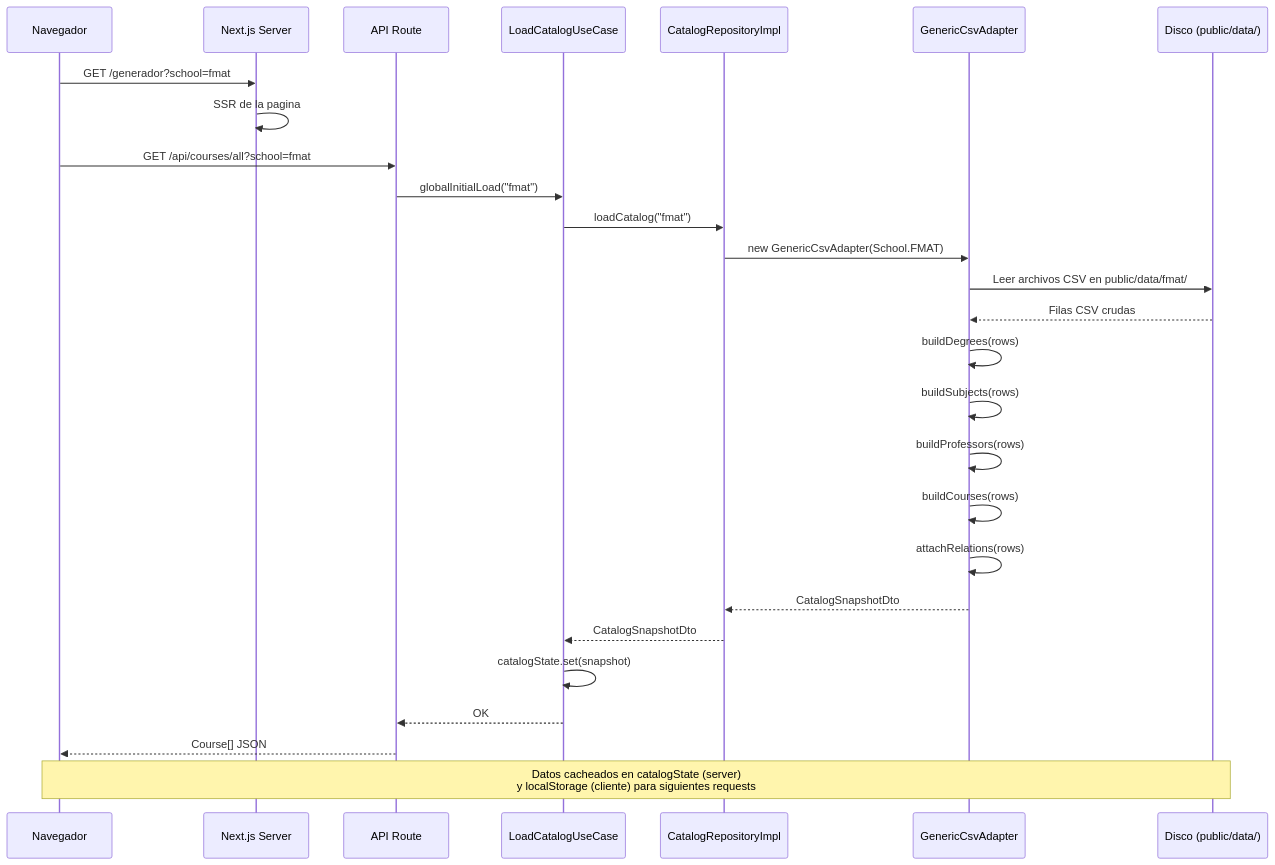
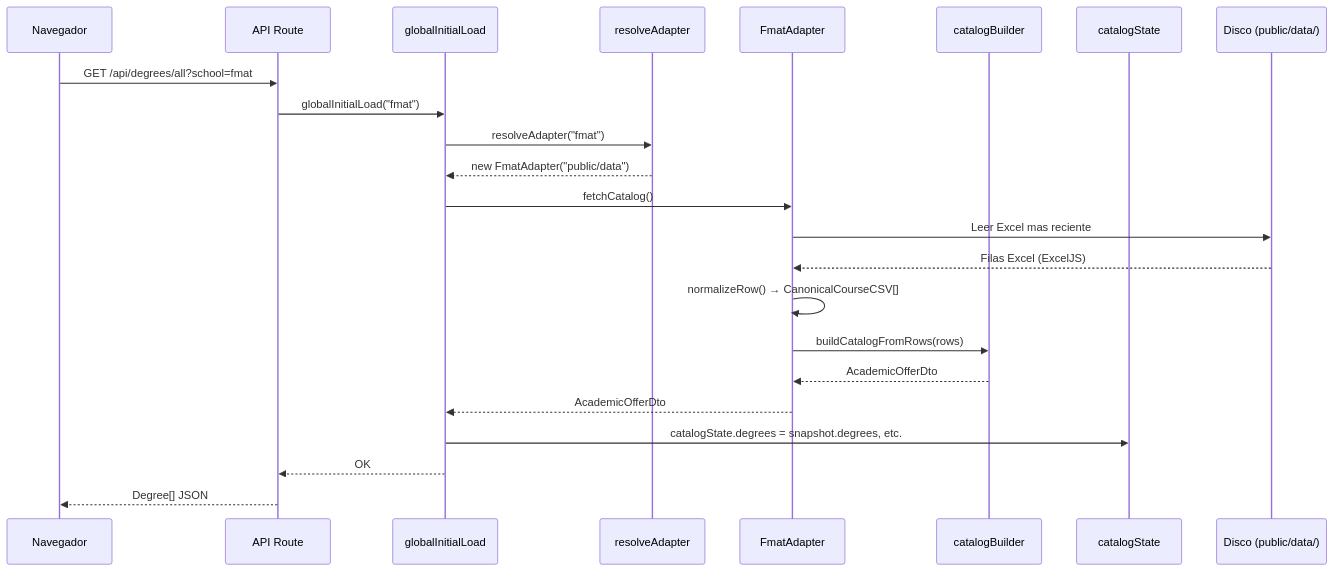
Diagram 14 of 22 in docs/architecture.md (KiinMx/Kiin), drawn with Mermaid before and after one commit. The commit also changed other lines of this file and 9 other files, not shown here.

First line of the commit message:
feat: Refactor initial load process and introduce FmatAdapter for Excel data handling

````diff
--- a/docs/architecture.md
+++ b/docs/architecture.md
@@ -429,33 +542,26 @@
 ```mermaid
 sequenceDiagram
     participant Browser as Navegador
-    participant Next as Next.js Server
     participant API as API Route
-    participant UC as LoadCatalogUseCase
-    participant Repo as CatalogRepositoryImpl
-    participant Adapter as GenericCsvAdapter
+    participant GIL as globalInitialLoad
+    participant Factory as resolveAdapter
+    participant Adapter as FmatAdapter
+    participant CB as catalogBuilder
+    participant State as catalogState
     participant FS as Disco (public/data/)
 
-    Browser->>Next: GET /generador?school=fmat
-    Next->>Next: SSR de la pagina
-    Browser->>API: GET /api/courses/all?school=fmat
-    API->>UC: globalInitialLoad("fmat")
-    UC->>Repo: loadCatalog("fmat")
-    Repo->>Adapter: new GenericCsvAdapter(School.FMAT)
-    Adapter->>FS: Leer archivos CSV en public/data/fmat/
-    FS-->>Adapter: Filas CSV crudas
-
-    Adapter->>Adapter: buildDegrees(rows)
-    Adapter->>Adapter: buildSubjects(rows)
-    Adapter->>Adapter: buildProfessors(rows)
-    Adapter->>Adapter: buildCourses(rows)
-    Adapter->>Adapter: attachRelations(rows)
-
-    Adapter-->>Repo: CatalogSnapshotDto
-    Repo-->>UC: CatalogSnapshotDto
-    UC->>UC: catalogState.set(snapshot)
-    UC-->>API: OK
-    API-->>Browser: Course[] JSON
-
-    Note over Browser,FS: Datos cacheados en catalogState (server)<br/>y localStorage (cliente) para siguientes requests
+    Browser->>API: GET /api/degrees/all?school=fmat
+    API->>GIL: globalInitialLoad("fmat")
+    GIL->>Factory: resolveAdapter("fmat")
+    Factory-->>GIL: new FmatAdapter("public/data")
+    GIL->>Adapter: fetchCatalog()
+    Adapter->>FS: Leer Excel mas reciente
+    FS-->>Adapter: Filas Excel (ExcelJS)
+    Adapter->>Adapter: normalizeRow() → CanonicalCourseCSV[]
+    Adapter->>CB: buildCatalogFromRows(rows)
+    CB-->>Adapter: AcademicOfferDto
+    Adapter-->>GIL: AcademicOfferDto
+    GIL->>State: catalogState.degrees = snapshot.degrees, etc.
+    GIL-->>API: OK
+    API-->>Browser: Degree[] JSON
 ```
````
